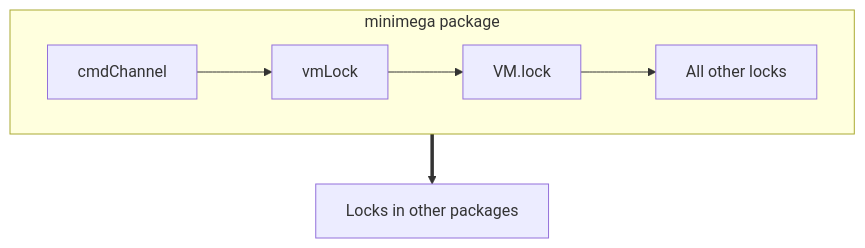
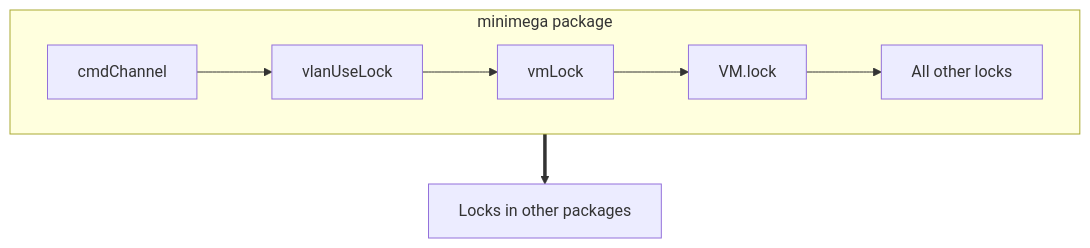
The diagram in doc/content/articles/developer/locking.md (sandia-minimega/minimega), drawn with Mermaid before and after one commit. The commit also changed other lines of this file and 21 other files, not shown here.

````diff
--- a/doc/content/articles/developer/locking.md
+++ b/doc/content/articles/developer/locking.md
@@ -112,15 +136,17 @@
 ```mermaid
 flowchart TD
-    A[cmdChannel] --> B[vmLock]
+    A[cmdChannel] --> V[vlanUseLock]
+    V --> B[vmLock]
     B --> C[VM.lock]
     C --> D[All other locks]
 
     subgraph M[minimega package]
         A
+        V
         B
         C
         D
     end
 
     M ==> O[Locks in other packages]
 ```
````
